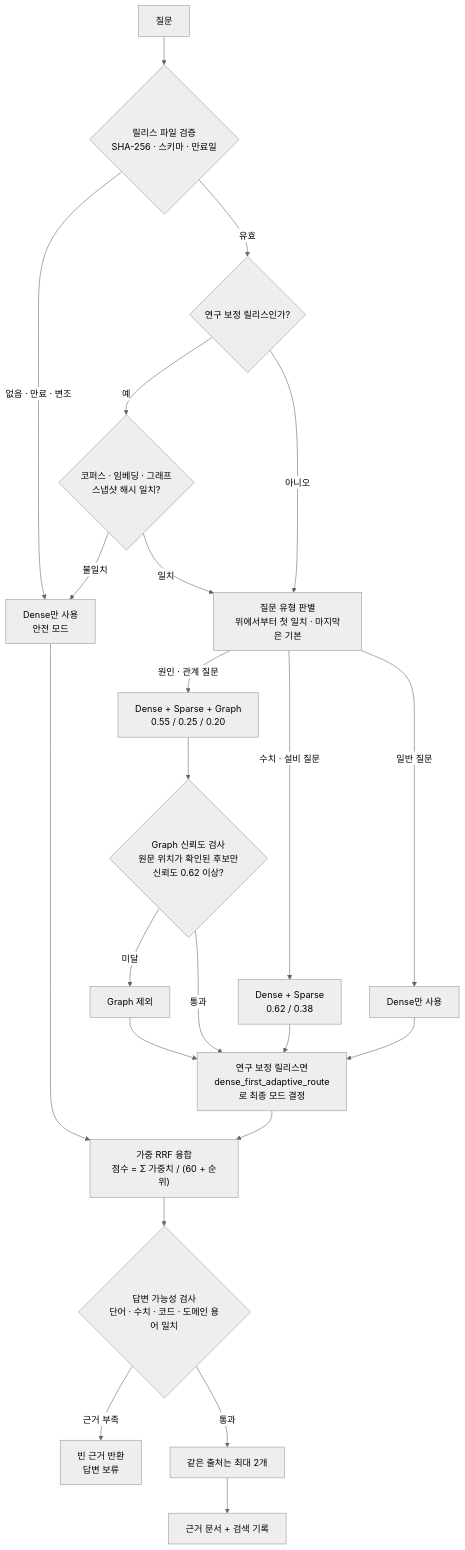
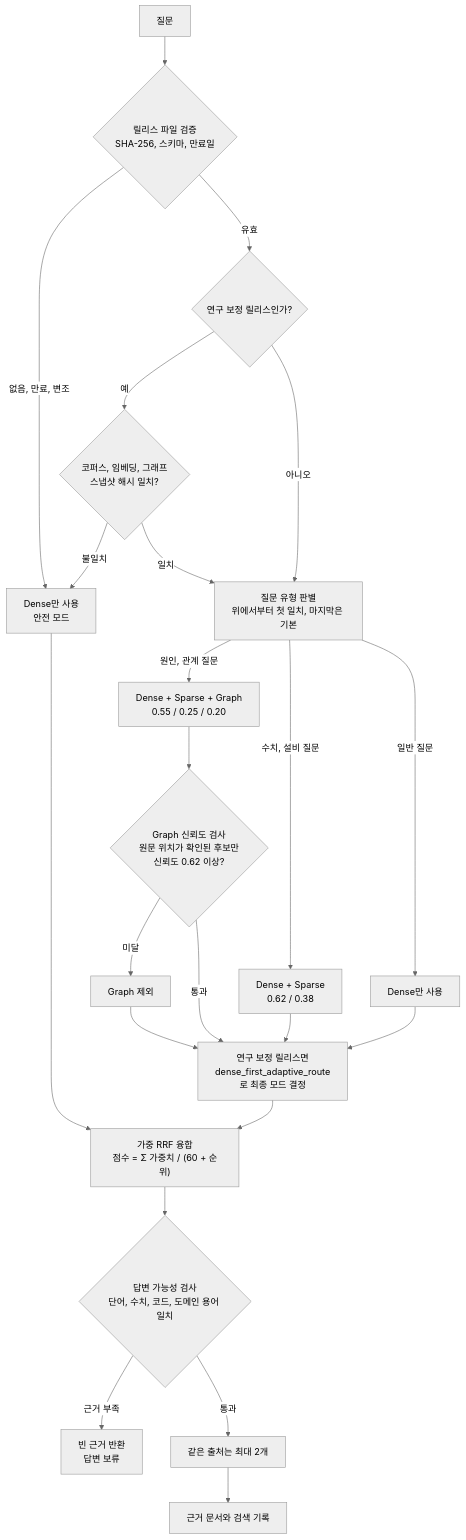
Before and after one commit to NAMUORI00/smartfarm-adaptive-rag: the third of 5 diagrams in README.md, drawn with Mermaid (neutral theme). The commit also changed other lines of this file, not shown here.

````diff
--- a/README.md
+++ b/README.md
@@ -157,27 +157,27 @@
 ```mermaid
 flowchart TD
-    Q["질문"] --> L{"릴리스 파일 검증<br/>SHA-256 · 스키마 · 만료일"}
-    L -->|"없음 · 만료 · 변조"| FB["Dense만 사용<br/>안전 모드"]
+    Q["질문"] --> L{"릴리스 파일 검증<br/>SHA-256, 스키마, 만료일"}
+    L -->|"없음, 만료, 변조"| FB["Dense만 사용<br/>안전 모드"]
     L -->|"유효"| H{"연구 보정 릴리스인가?"}
-    H -->|"예"| HS{"코퍼스 · 임베딩 · 그래프<br/>스냅샷 해시 일치?"}
+    H -->|"예"| HS{"코퍼스, 임베딩, 그래프<br/>스냅샷 해시 일치?"}
     HS -->|"불일치"| FB
     HS -->|"일치"| SEG
-    H -->|"아니오"| SEG["질문 유형 판별<br/>위에서부터 첫 일치 · 마지막은 기본"]
+    H -->|"아니오"| SEG["질문 유형 판별<br/>위에서부터 첫 일치, 마지막은 기본"]
 
-    SEG -->|"원인 · 관계 질문"| P3["Dense + Sparse + Graph<br/>0.55 / 0.25 / 0.20"]
-    SEG -->|"수치 · 설비 질문"| P2["Dense + Sparse<br/>0.62 / 0.38"]
+    SEG -->|"원인, 관계 질문"| P3["Dense + Sparse + Graph<br/>0.55 / 0.25 / 0.20"]
+    SEG -->|"수치, 설비 질문"| P2["Dense + Sparse<br/>0.62 / 0.38"]
     SEG -->|"일반 질문"| P1["Dense만 사용"]
 
     P3 --> G{"Graph 신뢰도 검사<br/>원문 위치가 확인된 후보만<br/>신뢰도 0.62 이상?"}
     G -->|"미달"| DROP["Graph 제외"]
     G -->|"통과"| RP
     DROP --> RP
     P2 --> RP
     P1 --> RP
 
     RP["연구 보정 릴리스면<br/>dense_first_adaptive_route로 최종 모드 결정"] --> F["가중 RRF 융합<br/>점수 = Σ 가중치 / (60 + 순위)"]
     FB --> F
-    F --> A{"답변 가능성 검사<br/>단어 · 수치 · 코드 · 도메인 용어 일치"}
+    F --> A{"답변 가능성 검사<br/>단어, 수치, 코드, 도메인 용어 일치"}
     A -->|"근거 부족"| X["빈 근거 반환<br/>답변 보류"]
-    A -->|"통과"| D["같은 출처는 최대 2개"] --> OUT["근거 문서 + 검색 기록"]
+    A -->|"통과"| D["같은 출처는 최대 2개"] --> OUT["근거 문서와 검색 기록"]
 ```
````
